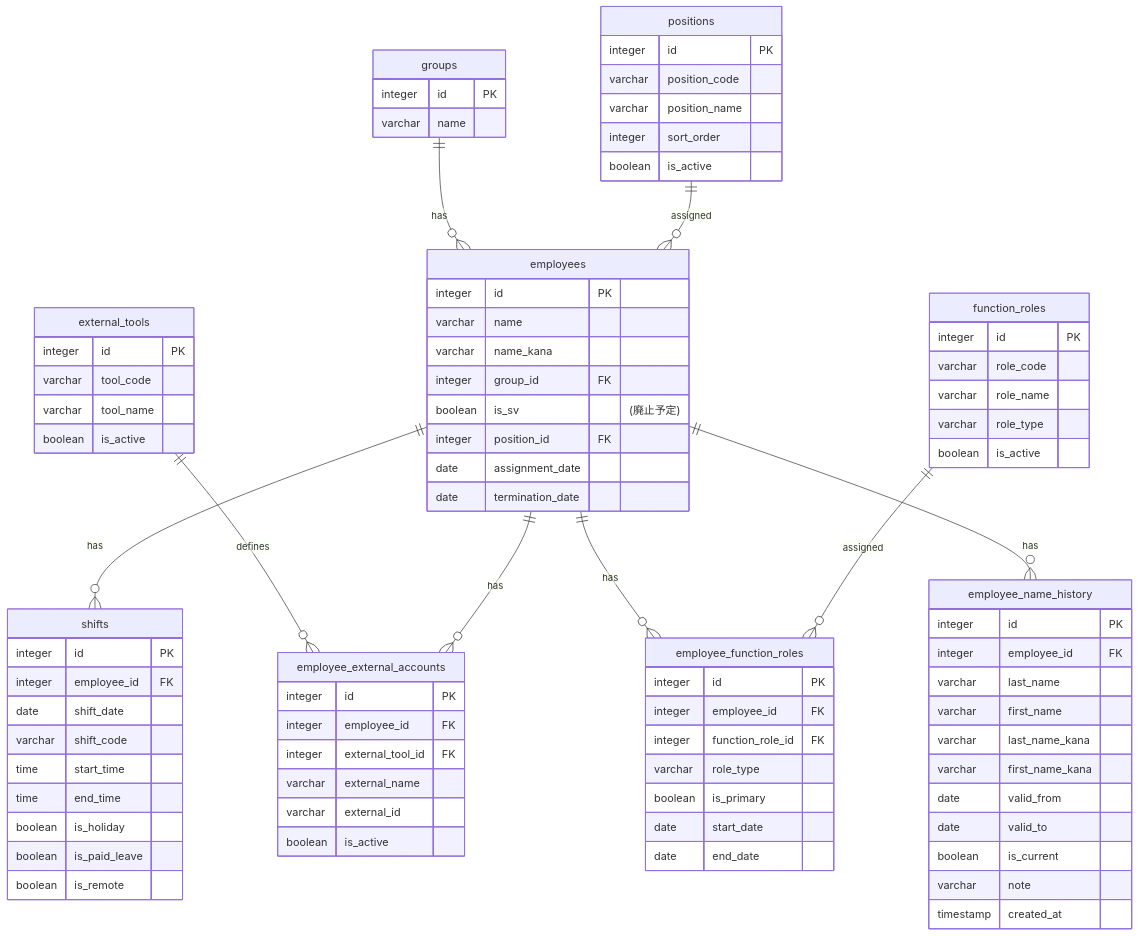
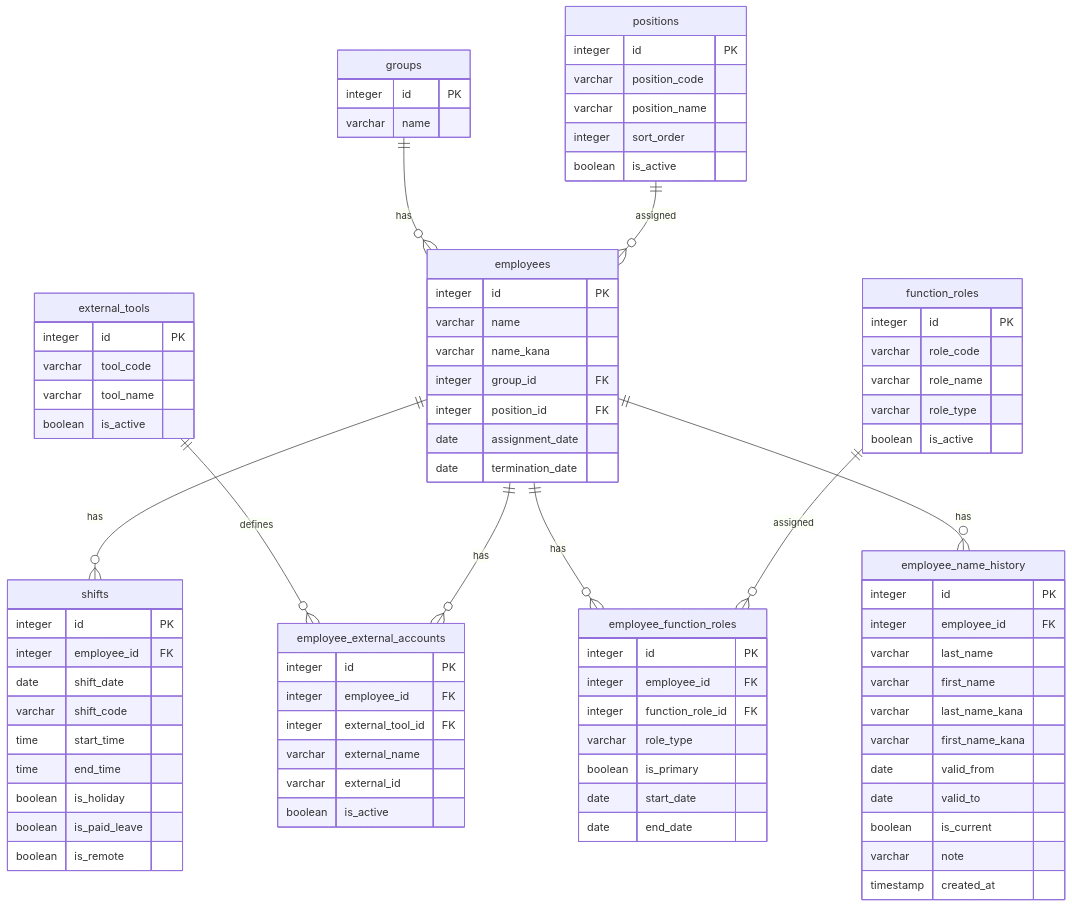
The diagram in shift_database_schema_v7.md (ekrsw/shift_database_schema), drawn with Mermaid before and after one commit. The commit also changed other lines of this file, not shown here.

```diff
--- a/shift_database_schema_v7.md
+++ b/shift_database_schema_v7.md
@@ -29,7 +29,6 @@
         varchar name
         varchar name_kana
         integer group_id FK
-        boolean is_sv "(廃止予定)"
         integer position_id FK
         date assignment_date
         date termination_date
```
